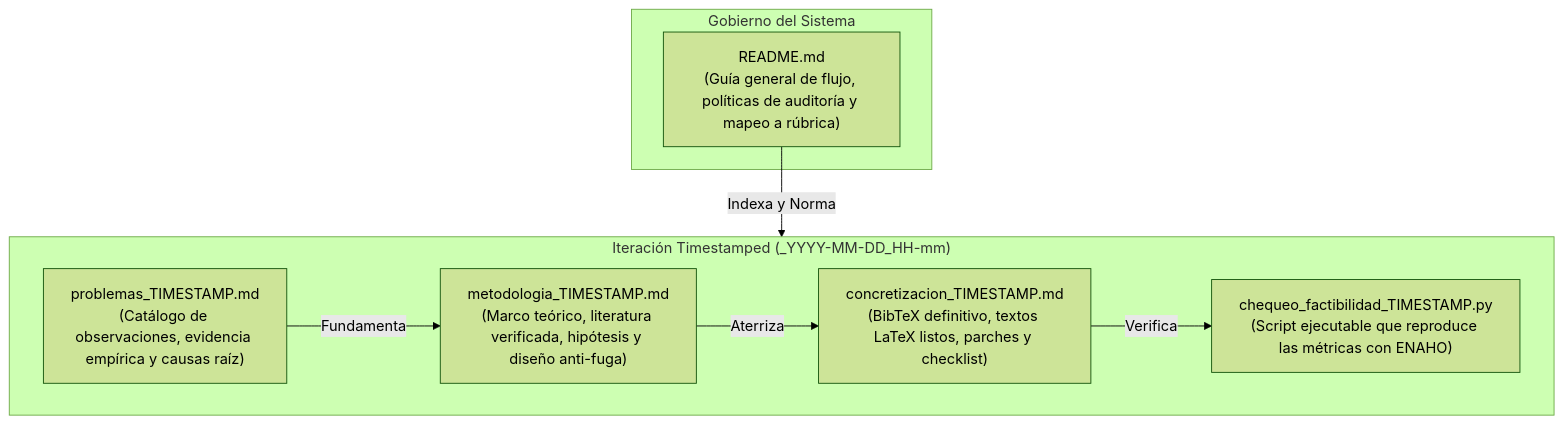
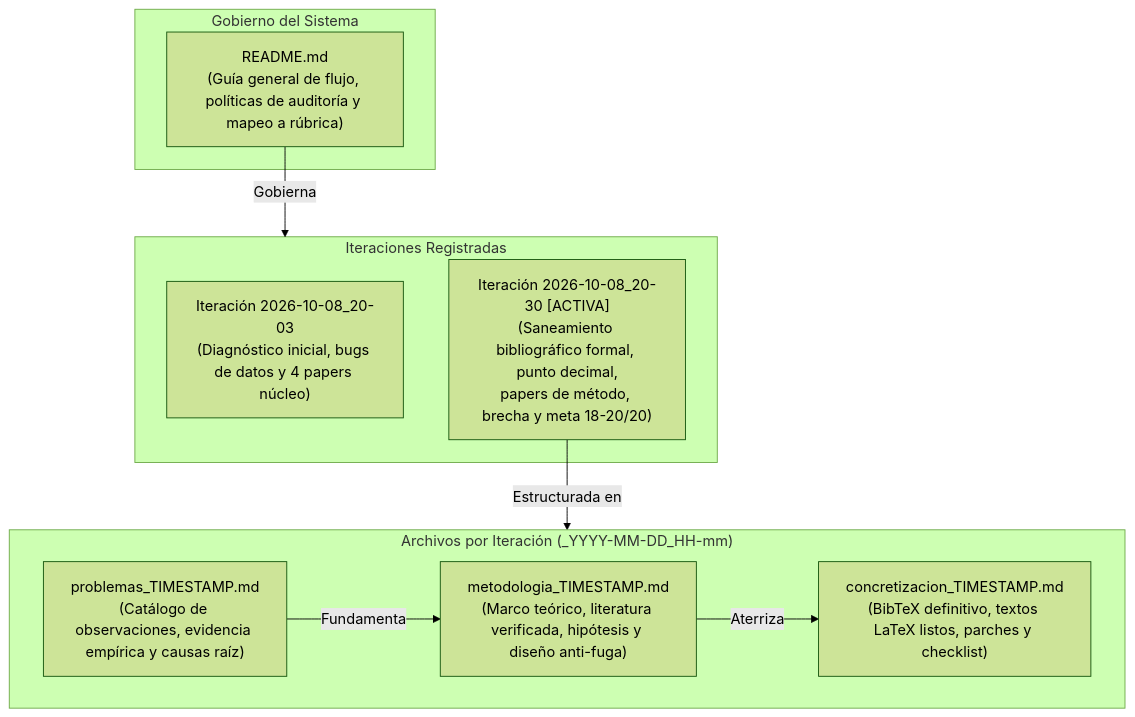
Before and after one commit to Ga3lAE/IA-Tarea-Academica: the diagram in Documentation/Observaciones a levantar/README.md, drawn with Mermaid (forest theme). The commit also changed other lines of this file, not shown here.

````diff
--- a/Documentation/Observaciones a levantar/README.md
+++ b/Documentation/Observaciones a levantar/README.md
@@ -11,18 +11,22 @@
 ```mermaid
 flowchart TD
     subgraph Marco["Gobierno del Sistema"]
         R["README.md\n(Guía general de flujo, políticas de auditoría y mapeo a rúbrica)"]
     end
 
-    subgraph Iteracion["Iteración Timestamped (_YYYY-MM-DD_HH-mm)"]
+    subgraph Historial["Iteraciones Registradas"]
+        I1["Iteración 2026-10-08_20-03\n(Diagnóstico inicial, bugs de datos y 4 papers núcleo)"]
+        I2["Iteración 2026-10-08_20-30 [ACTIVA]\n(Saneamiento bibliográfico formal, punto decimal,\npapers de método, brecha y meta 18-20/20)"]
+    end
+
+    subgraph Componentes["Archivos por Iteración (_YYYY-MM-DD_HH-mm)"]
         P["problemas_TIMESTAMP.md\n(Catálogo de observaciones, evidencia empírica y causas raíz)"]
         M["metodologia_TIMESTAMP.md\n(Marco teórico, literatura verificada, hipótesis y diseño anti-fuga)"]
         C["concretizacion_TIMESTAMP.md\n(BibTeX definitivo, textos LaTeX listos, parches y checklist)"]
-        S["chequeo_factibilidad_TIMESTAMP.py\n(Script ejecutable que reproduce las métricas con ENAHO)"]
     end
 
-    R -->|Indexa y Norma| Iteracion
+    R -->|Gobierna| Historial
+    I2 -->|Estructurada en| Componentes
     P -->|Fundamenta| M
     M -->|Aterriza| C
-    C -->|Verifica| S
 ```
````
